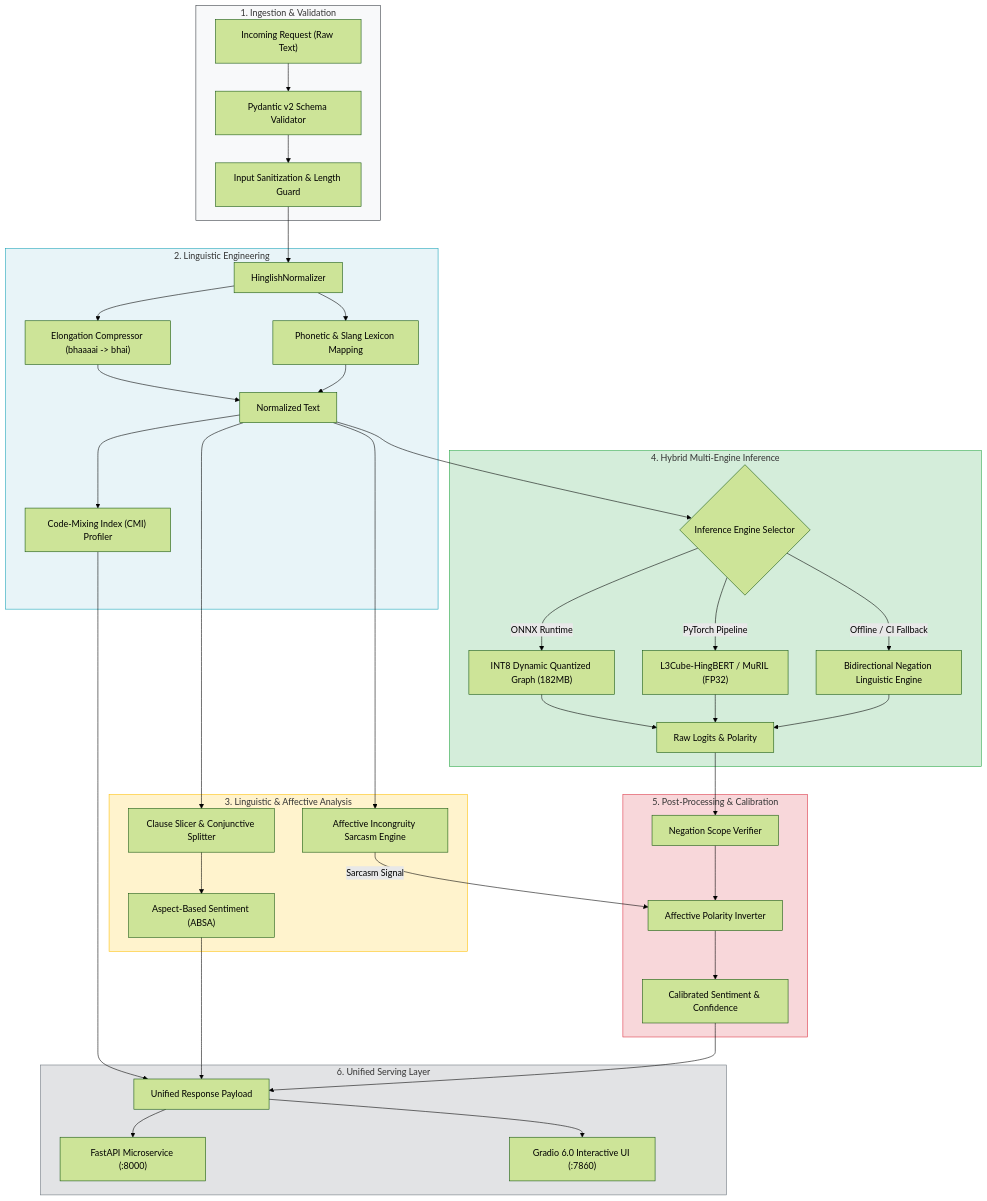
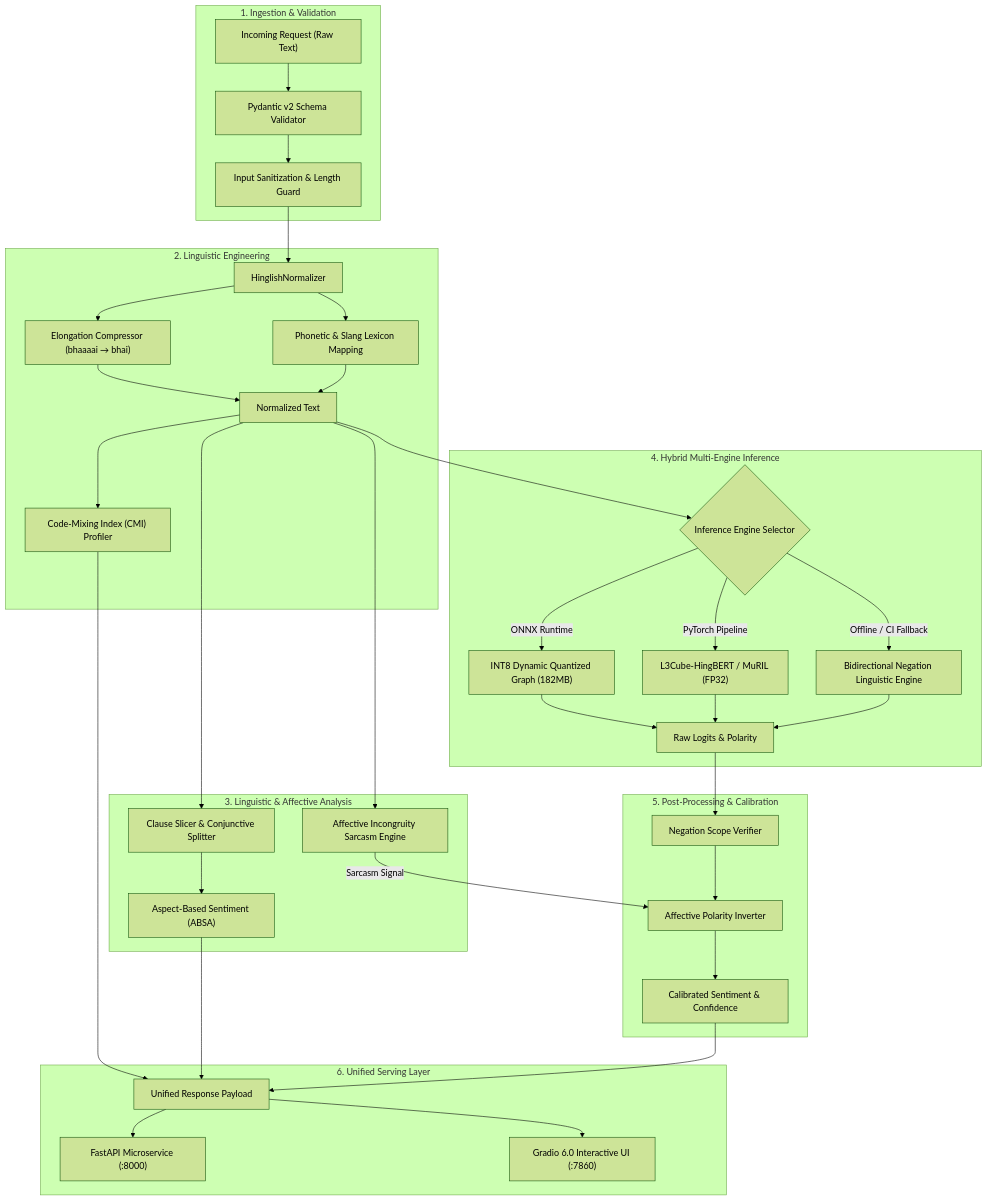
The diagram in README.md (imshubham22apr-gif/Sentiment-Analysis-ML), drawn with Mermaid (forest theme) before and after one commit.

Commit message:
fix(docs): remove hardcoded light styles from Mermaid architecture diagram for dark theme compatibility

````diff
--- a/README.md
+++ b/README.md
@@ -82,54 +82,47 @@
 ```mermaid
 flowchart TD
-    subgraph INGESTION["1. Ingestion & Validation"]
+    subgraph S1["1. Ingestion & Validation"]
         A["Incoming Request (Raw Text)"] --> B["Pydantic v2 Schema Validator"]
         B --> C["Input Sanitization & Length Guard"]
     end
 
-    subgraph PREPROCESSING["2. Linguistic Engineering"]
+    subgraph S2["2. Linguistic Engineering"]
         C --> D["HinglishNormalizer"]
-        D --> D1["Elongation Compressor (bhaaaai -> bhai)"]
+        D --> D1["Elongation Compressor (bhaaaai → bhai)"]
         D --> D2["Phonetic & Slang Lexicon Mapping"]
         D1 --> E["Normalized Text"]
         D2 --> E
         E --> F["Code-Mixing Index (CMI) Profiler"]
     end
 
-    subgraph MULTI_TASK["3. Linguistic & Affective Analysis"]
+    subgraph S3["3. Linguistic & Affective Analysis"]
         E --> G["Clause Slicer & Conjunctive Splitter"]
         G --> H["Aspect-Based Sentiment (ABSA)"]
         E --> I["Affective Incongruity Sarcasm Engine"]
     end
 
-    subgraph INFERENCE["4. Hybrid Multi-Engine Inference"]
+    subgraph S4["4. Hybrid Multi-Engine Inference"]
         E --> J{"Inference Engine Selector"}
         J -->|ONNX Runtime| K["INT8 Dynamic Quantized Graph (182MB)"]
         J -->|PyTorch Pipeline| L["L3Cube-HingBERT / MuRIL (FP32)"]
         J -->|Offline / CI Fallback| M["Bidirectional Negation Linguistic Engine"]
         K --> N["Raw Logits & Polarity"]
         L --> N
         M --> N
     end
 
-    subgraph CALIBRATION["5. Post-Processing & Calibration"]
+    subgraph S5["5. Post-Processing & Calibration"]
         N --> O["Negation Scope Verifier"]
         I -->|Sarcasm Signal| P["Affective Polarity Inverter"]
         O --> P
         P --> Q["Calibrated Sentiment & Confidence"]
     end
 
-    subgraph SERVING["6. Unified Serving Layer"]
+    subgraph S6["6. Unified Serving Layer"]
         F --> R["Unified Response Payload"]
         H --> R
         Q --> R
         R --> S["FastAPI Microservice (:8000)"]
         R --> T["Gradio 6.0 Interactive UI (:7860)"]
     end
-
-    style INGESTION fill:#f8f9fa,stroke:#343a40,stroke-width:1px
-    style PREPROCESSING fill:#e8f4f8,stroke:#17a2b8,stroke-width:1px
-    style MULTI_TASK fill:#fff3cd,stroke:#ffc107,stroke-width:1px
-    style INFERENCE fill:#d4edda,stroke:#28a745,stroke-width:1px
-    style CALIBRATION fill:#f8d7da,stroke:#dc3545,stroke-width:1px
-    style SERVING fill:#e2e3e5,stroke:#6c757d,stroke-width:1px
 ```
````
